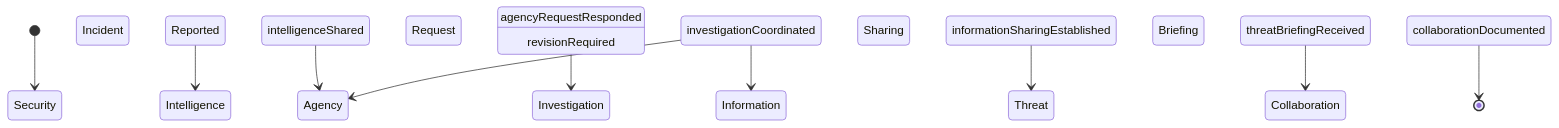
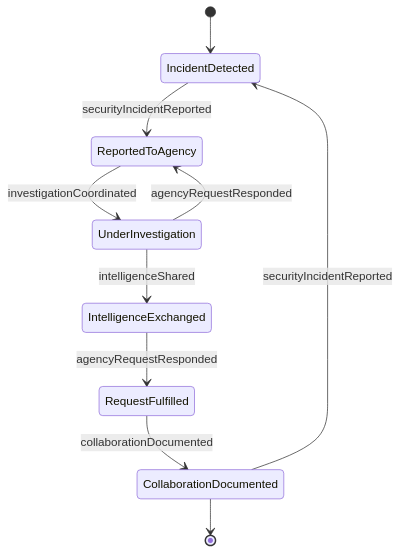
One commit to dot-org-ai/tasks.org.ai changed the second of 4 diagrams in CommunicatingWithSupervisorsPeersOrSubordinates/CoordinateActivitiesWithClientsAgenciesOrOrganizations/CollaborateLawEnforcementSecurityAgencies.mdx. Above: the diagram before and after it, drawn with Mermaid. The commit also changed other lines of this file and 515 other files, not shown here.

````diff
--- a/CommunicatingWithSupervisorsPeersOrSubordinates/CoordinateActivitiesWithClientsAgenciesOrOrganizations/CollaborateLawEnforcementSecurityAgencies.mdx
+++ b/CommunicatingWithSupervisorsPeersOrSubordinates/CoordinateActivitiesWithClientsAgenciesOrOrganizations/CollaborateLawEnforcementSecurityAgencies.mdx
@@ -100,12 +100,12 @@
 ```mermaid
 stateDiagram-v2
-    [*] --> Security Incident Reported
-    Security Incident Reported --> Intelligence Shared : intelligenceShared
-    Intelligence Shared --> Agency Request Responded : agencyRequestResponded
-    Agency Request Responded --> Investigation Coordinated : investigationCoordinated
-    Investigation Coordinated --> Information Sharing Established : informationSharingEstablished
-    Information Sharing Established --> Threat Briefing Received : threatBriefingReceived
-    Threat Briefing Received --> Collaboration Documented : collaborationDocumented
-    Investigation Coordinated --> Agency Request Responded : revisionRequired
-    Collaboration Documented --> [*]
+    [*] --> IncidentDetected
+    IncidentDetected --> ReportedToAgency : securityIncidentReported
+    ReportedToAgency --> UnderInvestigation : investigationCoordinated
+    UnderInvestigation --> IntelligenceExchanged : intelligenceShared
+    IntelligenceExchanged --> RequestFulfilled : agencyRequestResponded
+    RequestFulfilled --> CollaborationDocumented : collaborationDocumented
+    UnderInvestigation --> ReportedToAgency : agencyRequestResponded
+    CollaborationDocumented --> IncidentDetected : securityIncidentReported
+    CollaborationDocumented --> [*]
 ```
````
